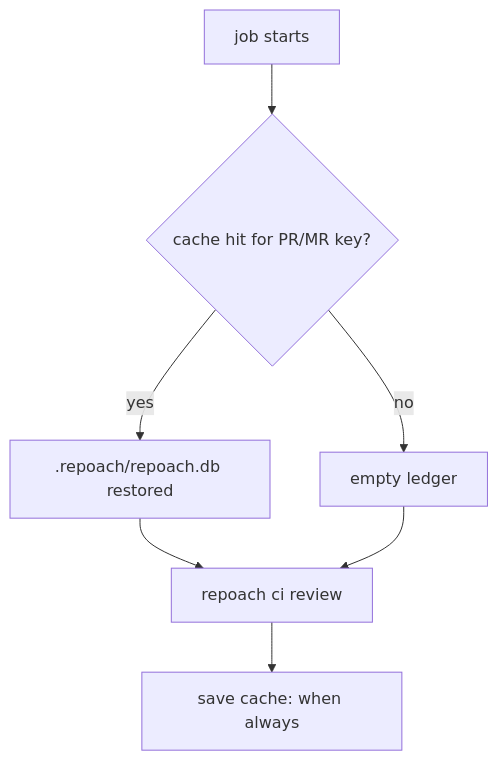
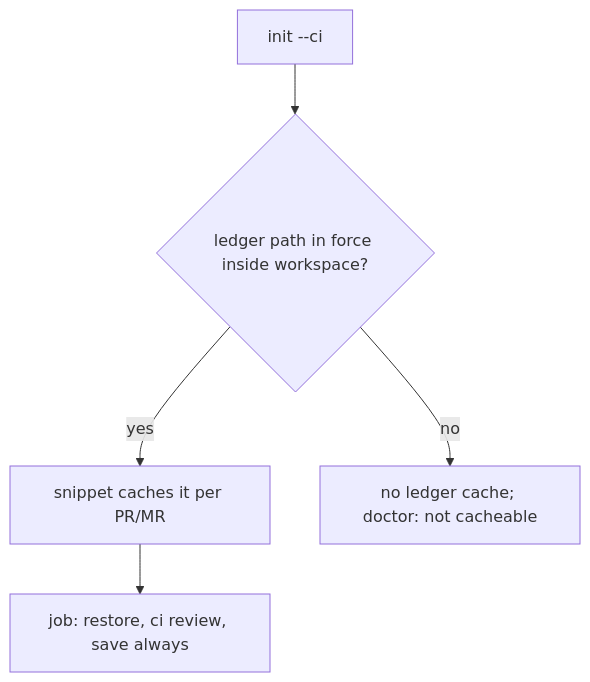
The diagram in docs/specs/2026-10-25_SP-CI-LEDGER-PERSISTS_generated-ci-jobs-keep-the-ledger-per-pr.md (repoachhq/repoach), drawn with Mermaid before and after one commit. The commit also changed other lines of this file and 2 other files, not shown here.

````diff
--- a/docs/specs/2026-10-25_SP-CI-LEDGER-PERSISTS_generated-ci-jobs-keep-the-ledger-per-pr.md
+++ b/docs/specs/2026-10-25_SP-CI-LEDGER-PERSISTS_generated-ci-jobs-keep-the-ledger-per-pr.md
@@ -212,9 +262,7 @@
 ```mermaid
 flowchart TD
-    A[job starts] --> B{cache hit for PR/MR key?}
-    B -->|yes| C[.repoach/repoach.db restored]
-    B -->|no| D[empty ledger]
-    C --> E[repoach ci review]
-    D --> E
-    E --> F[save cache: when always]
+    A[init --ci] --> B{ledger path in force inside workspace?}
+    B -->|yes| C[snippet caches it per PR/MR]
+    B -->|no| D[no ledger cache; doctor: not cacheable]
+    C --> E[job: restore, ci review, save always]
 ```
````
